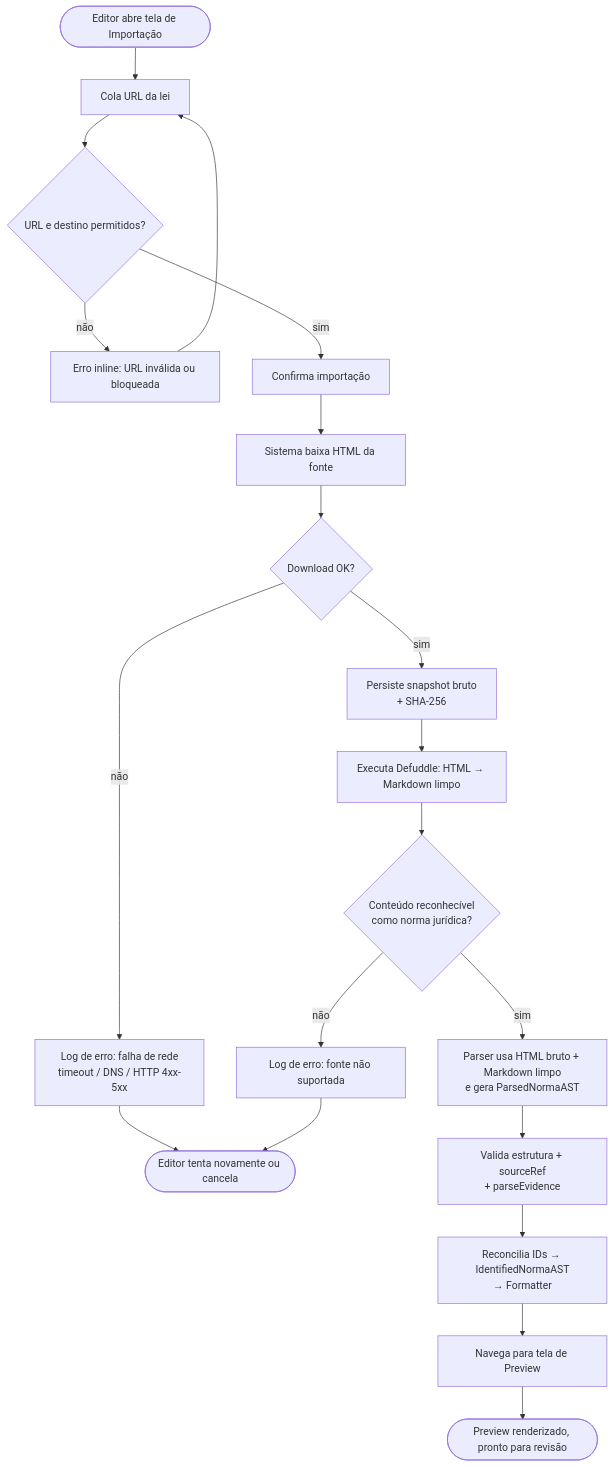
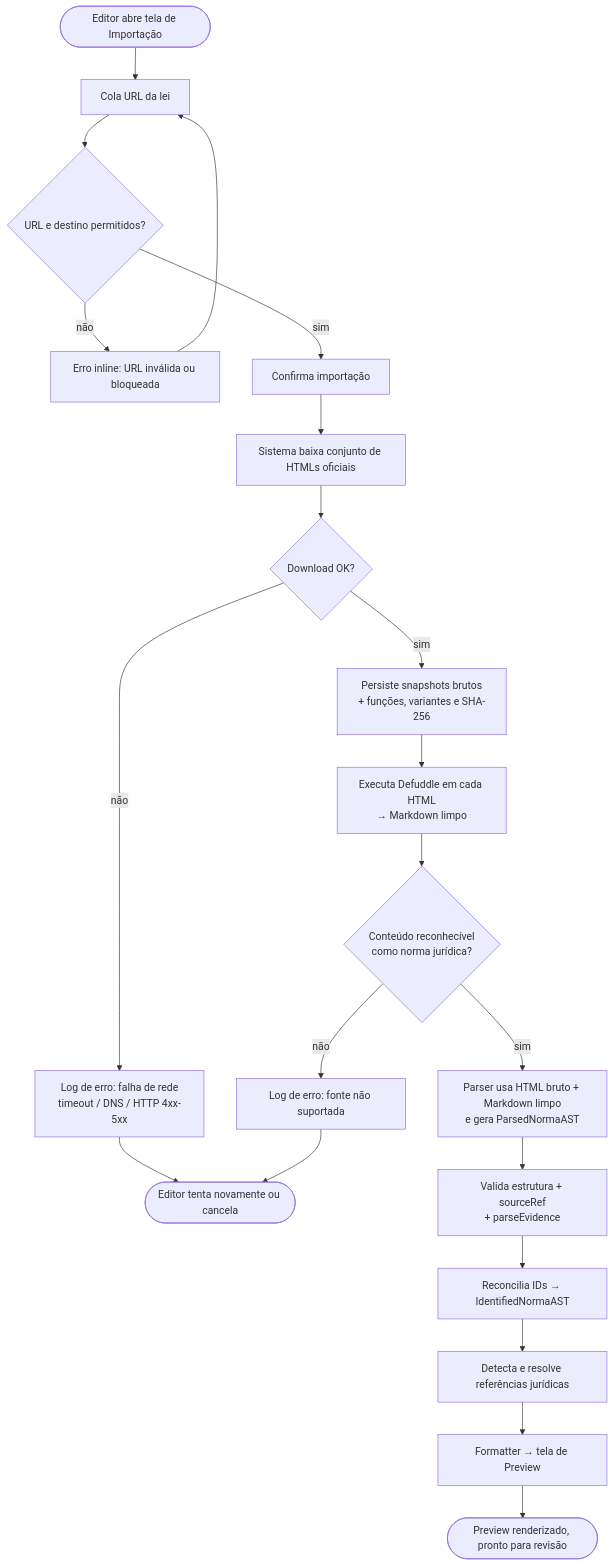
The first of 9 diagrams in docs/lex-editor/USER_FLOWS.md (tiagobfaustino/lex-editor-2), drawn with Mermaid before and after one commit. The commit also changed other lines of this file and 30 other files, not shown here.

````diff
--- a/docs/lex-editor/USER_FLOWS.md
+++ b/docs/lex-editor/USER_FLOWS.md
@@ -53,19 +63,20 @@
 ```mermaid
 flowchart TD
     A([Editor abre tela de Importação]) --> B[Cola URL da lei]
     B --> C{URL e destino permitidos?}
     C -- não --> C1[Erro inline: URL inválida ou bloqueada] --> B
     C -- sim --> D[Confirma importação]
-    D --> E[Sistema baixa HTML da fonte]
+    D --> E[Sistema baixa conjunto de HTMLs oficiais]
     E --> F{Download OK?}
     F -- não --> F1[Log de erro: falha de rede\ntimeout / DNS / HTTP 4xx-5xx] --> Z1([Editor tenta novamente ou cancela])
-    F -- sim --> F2[Persiste snapshot bruto\n+ SHA-256]
-    F2 --> G[Executa Defuddle: HTML → Markdown limpo]
+    F -- sim --> F2[Persiste snapshots brutos\n+ funções, variantes e SHA-256]
+    F2 --> G[Executa Defuddle em cada HTML\n→ Markdown limpo]
     G --> H{Conteúdo reconhecível\ncomo norma jurídica?}
     H -- não --> H1[Log de erro: fonte não suportada] --> Z1
     H -- sim --> I[Parser usa HTML bruto + Markdown limpo\ne gera ParsedNormaAST]
     I --> I2[Valida estrutura + sourceRef\n+ parseEvidence]
-    I2 --> J[Reconcilia IDs → IdentifiedNormaAST\n→ Formatter]
-    J --> K[Navega para tela de Preview]
+    I2 --> J[Reconcilia IDs → IdentifiedNormaAST]
+    J --> J2[Detecta e resolve referências jurídicas]
+    J2 --> K[Formatter → tela de Preview]
     K --> L([Preview renderizado, pronto para revisão])
 ```
````
